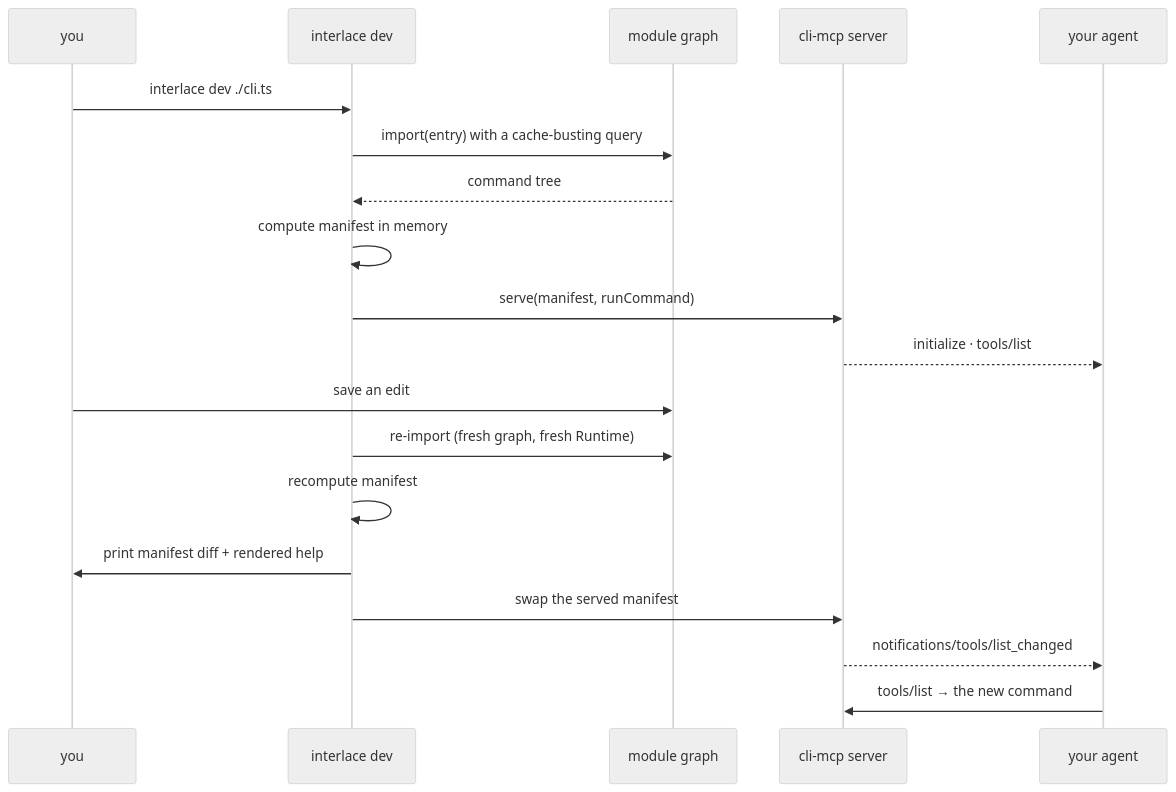
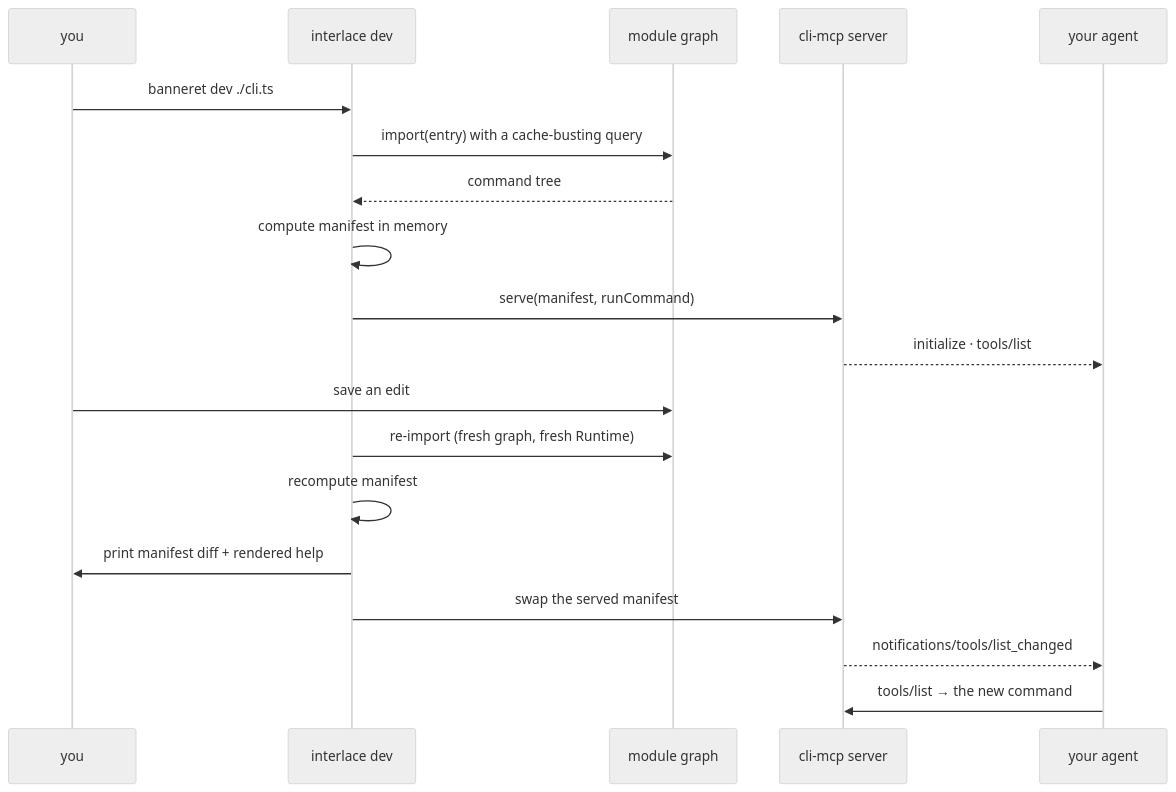
The diagram in docs/intents/dev-loop/design.md (ofri-peretz/burgee), drawn with Mermaid (neutral theme) before and after one commit. The commit also changed other lines of this file and 12 other files, not shown here.

````diff
--- a/docs/intents/dev-loop/design.md
+++ b/docs/intents/dev-loop/design.md
@@ -20,22 +20,22 @@
 ```mermaid
 sequenceDiagram
   participant Dev as you
   participant Watch as interlace dev
   participant Graph as module graph
   participant MCP as cli-mcp server
   participant Agent as your agent
 
-  Dev->>Watch: interlace dev ./cli.ts
+  Dev->>Watch: banneret dev ./cli.ts
   Watch->>Graph: import(entry) with a cache-busting query
   Graph-->>Watch: command tree
   Watch->>Watch: compute manifest in memory
   Watch->>MCP: serve(manifest, runCommand)
   MCP-->>Agent: initialize · tools/list
   Dev->>Graph: save an edit
   Watch->>Graph: re-import (fresh graph, fresh Runtime)
   Watch->>Watch: recompute manifest
   Watch->>Dev: print manifest diff + rendered help
   Watch->>MCP: swap the served manifest
   MCP-->>Agent: notifications/tools/list_changed
   Agent->>MCP: tools/list → the new command
 ```
````
